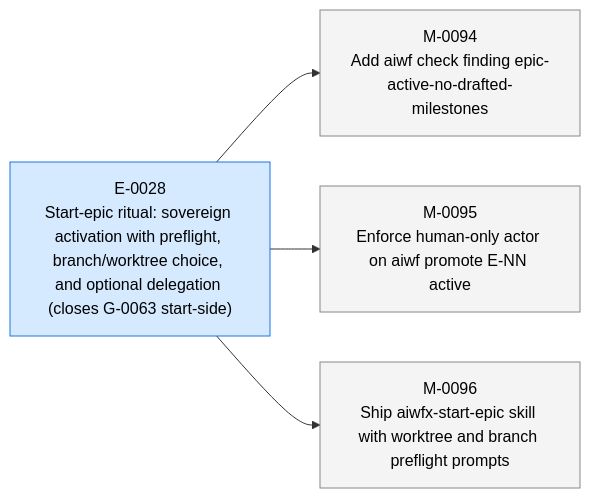
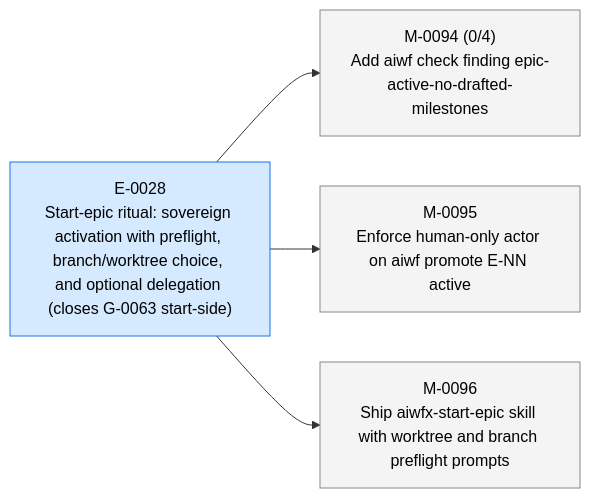
Before and after one commit to 23min/aiwf: the first of 3 diagrams in STATUS.md, drawn with Mermaid. The commit also changed other lines of this file and 1 other file, not shown here.

First line of the commit message:
aiwf add ac M-0094 AC-1..AC-4 (4 criteria)

````diff
--- a/STATUS.md
+++ b/STATUS.md
@@ -13,16 +13,16 @@
 ```mermaid
 flowchart LR
   E_0028["E-0028<br/>Start-epic ritual: sovereign activation with preflight, branch/worktree choice, and optional delegation (closes G-0063 start-side)"]:::epic_active
-  M_0094["M-0094<br/>Add aiwf check finding epic-active-no-drafted-milestones"]:::ms_draft
+  M_0094["M-0094 (0/4)<br/>Add aiwf check finding epic-active-no-drafted-milestones"]:::ms_draft
   E_0028 --> M_0094
   M_0095["M-0095<br/>Enforce human-only actor on aiwf promote E-NN active"]:::ms_draft
   E_0028 --> M_0095
   M_0096["M-0096<br/>Ship aiwfx-start-epic skill with worktree and branch preflight prompts"]:::ms_draft
   E_0028 --> M_0096
   classDef epic_active fill:#d6eaff,stroke:#1a73e8,color:#000
   classDef epic_proposed fill:#f4f4f4,stroke:#888,color:#000
   classDef ms_done fill:#d8f5d8,stroke:#2a8a2a,color:#000
   classDef ms_in_progress fill:#fff3c4,stroke:#caa400,color:#000
   classDef ms_draft fill:#f4f4f4,stroke:#888,color:#000
   classDef ms_cancelled fill:#fbeaea,stroke:#c33,color:#000
 ```
````
